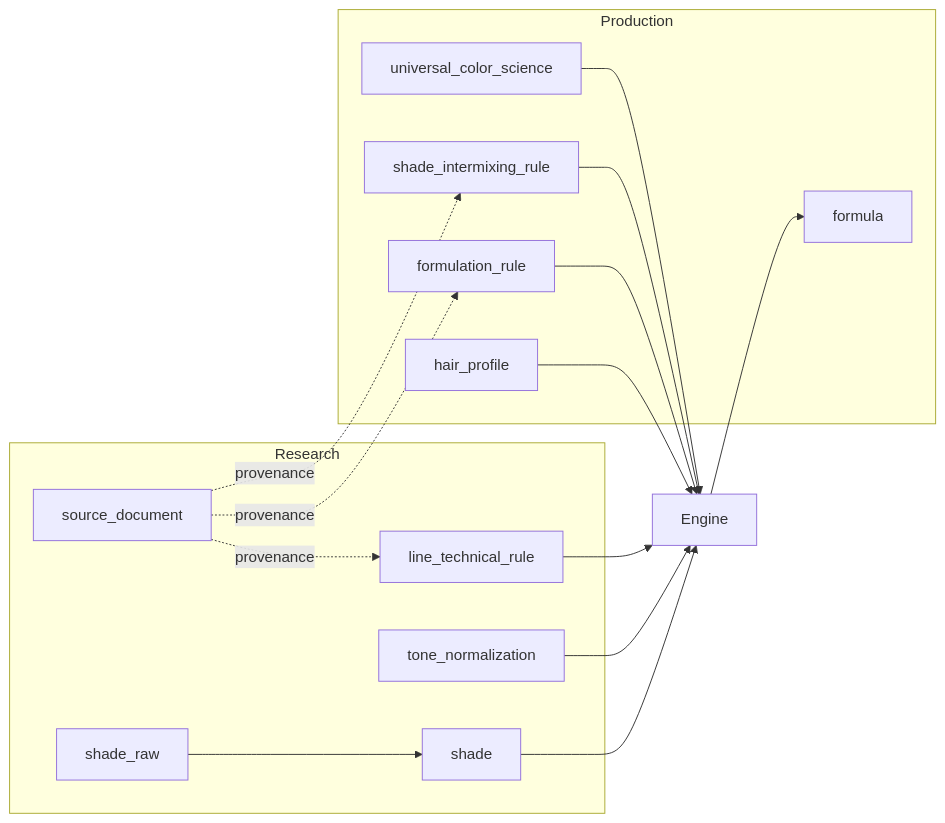
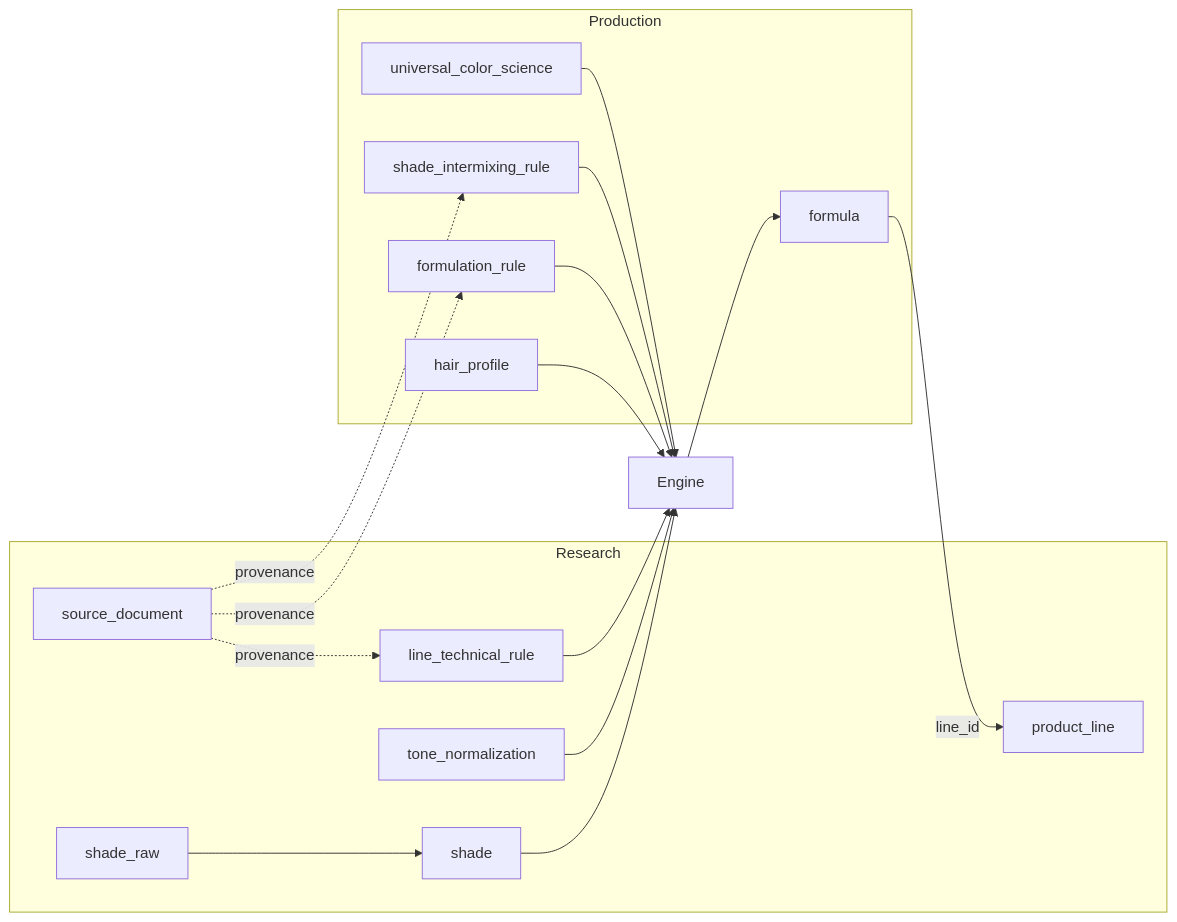
Before and after one commit to JamesFletty/Python-color-bot: the diagram in hair_color_db/production/research_vs_production_schema.md, drawn with Mermaid. The commit also changed other lines of this file and 4 other files, not shown here.

First line of the commit message:
Address production schema review feedback

````diff
--- a/hair_color_db/production/research_vs_production_schema.md
+++ b/hair_color_db/production/research_vs_production_schema.md
@@ -38,29 +39,31 @@
 ```mermaid
 flowchart LR
     subgraph Research
         SR[shade_raw]
         SH[shade]
         LTR[line_technical_rule]
         TN[tone_normalization]
         SD[source_document]
+        PL[product_line]
     end
     subgraph Production
         UCS[universal_color_science]
         SIR[shade_intermixing_rule]
         FR[formulation_rule]
         HP[hair_profile]
         FM[formula]
     end
     SR --> SH
     LTR --> Engine
     TN --> Engine
     SH --> Engine
     UCS --> Engine
     SIR --> Engine
     FR --> Engine
     HP --> Engine
     Engine --> FM
+    FM -->|line_id| PL
     SD -. provenance .-> LTR
     SD -. provenance .-> SIR
     SD -. provenance .-> FR
 ```
````
